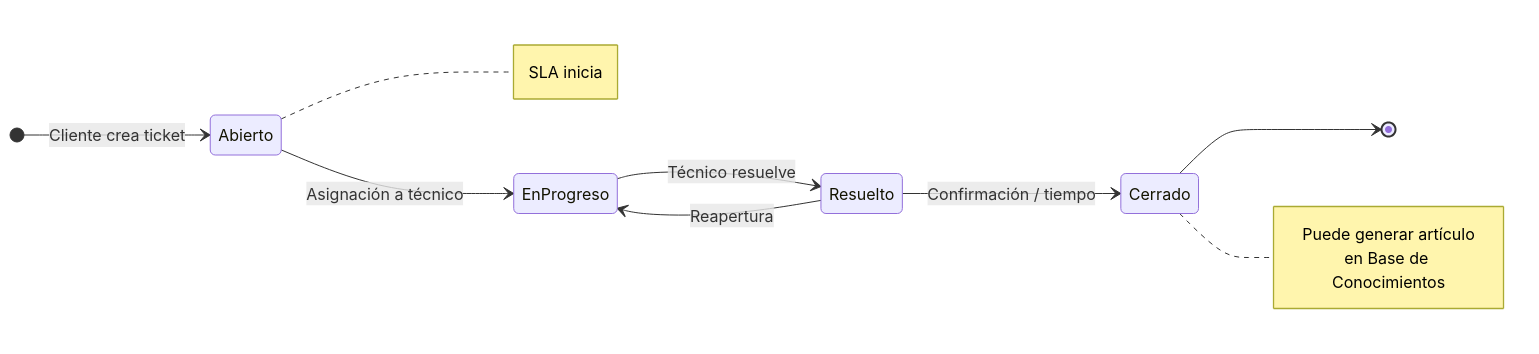
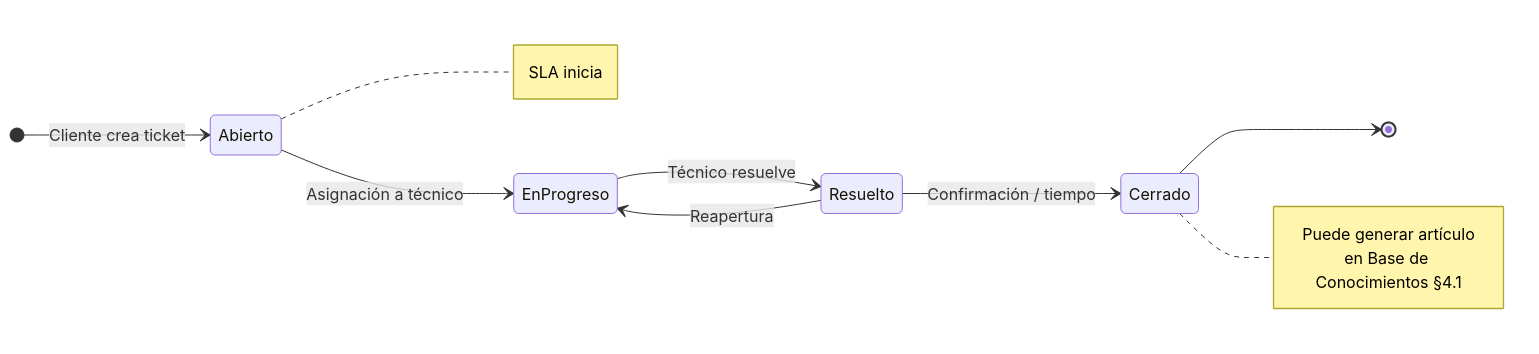
Before and after one commit to CosmeSoto/Tickets: the second of 8 diagrams in docs/ALCANCE_DEL_PROYECTO.md, drawn with Mermaid. The commit also changed other lines of this file, not shown here.

````diff
--- a/docs/ALCANCE_DEL_PROYECTO.md
+++ b/docs/ALCANCE_DEL_PROYECTO.md
@@ -80,18 +80,18 @@
 ```mermaid
 stateDiagram-v2
     direction LR
     [*] --> Abierto : Cliente crea ticket
     Abierto --> EnProgreso : Asignación a técnico
     EnProgreso --> Resuelto : Técnico resuelve
     Resuelto --> Cerrado : Confirmación / tiempo
     Resuelto --> EnProgreso : Reapertura
     Cerrado --> [*]
 
     note right of Abierto
         SLA inicia
     end note
     note right of Cerrado
         Puede generar artículo
-        en Base de Conocimientos
+        en Base de Conocimientos §4.1
     end note
 ```
````
